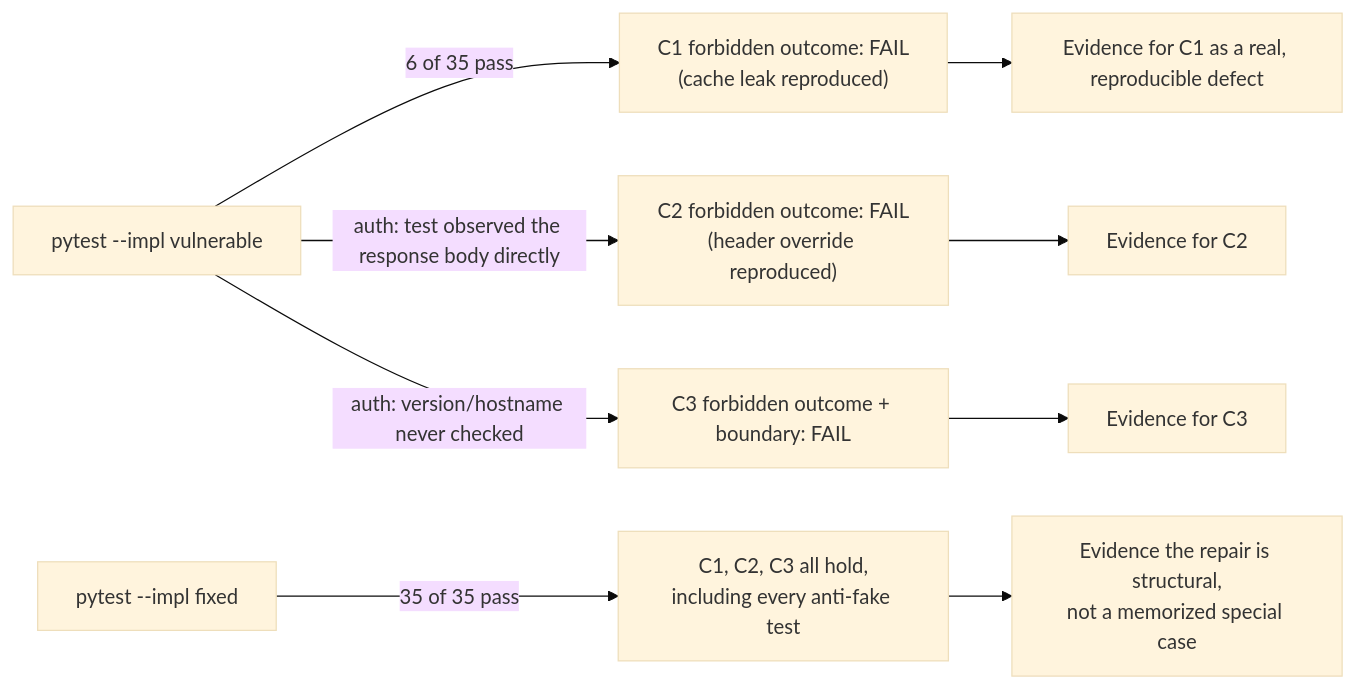
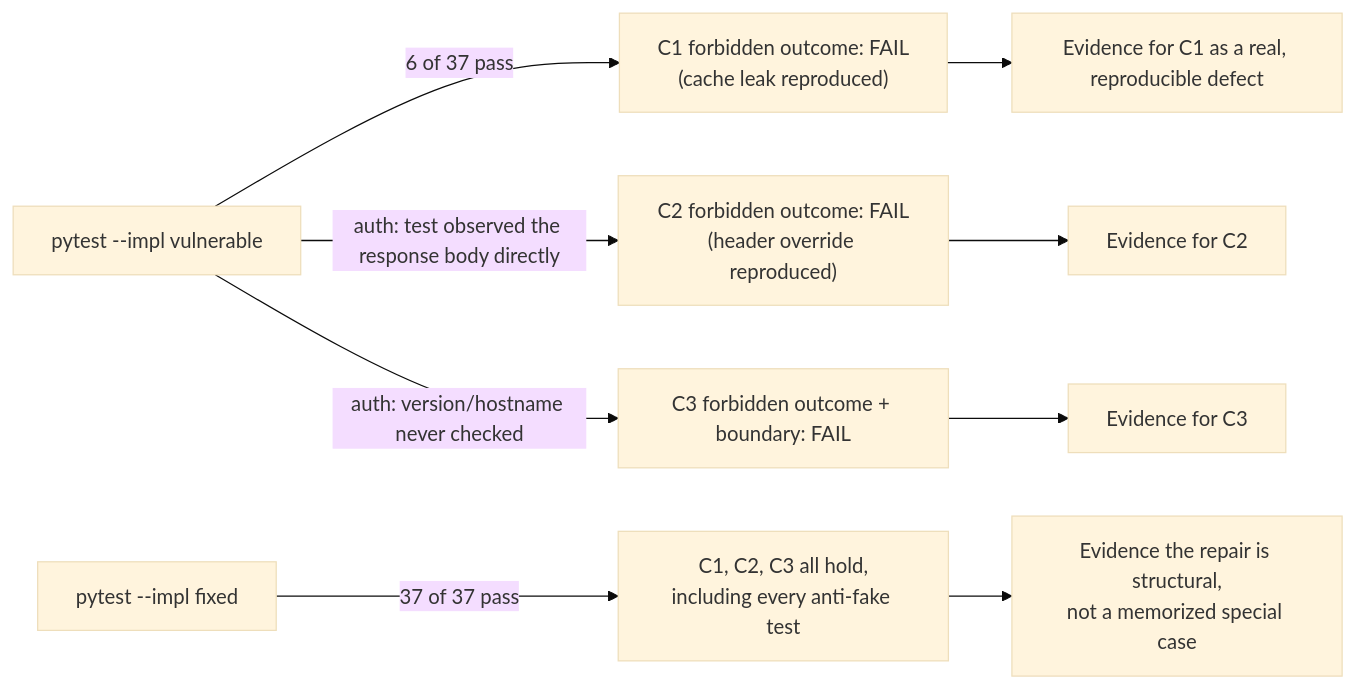
One commit to ishitvagoel/LearnSecurity changed the diagram in content/modules/2/2.2/lessons/05-verify.md. Above: the diagram before and after it, drawn with Mermaid (base theme). The commit also changed other lines of this file and 7 other files, not shown here.

````diff
--- a/content/modules/2/2.2/lessons/05-verify.md
+++ b/content/modules/2/2.2/lessons/05-verify.md
@@ -23,11 +23,11 @@
 ```mermaid
 flowchart LR
-  Run["pytest --impl vulnerable"] -->|"6 of 35 pass"| V1["C1 forbidden outcome: FAIL\n(cache leak reproduced)"]
+  Run["pytest --impl vulnerable"] -->|"6 of 37 pass"| V1["C1 forbidden outcome: FAIL\n(cache leak reproduced)"]
   Run -->|auth: test observed the response body directly| V2["C2 forbidden outcome: FAIL\n(header override reproduced)"]
   Run -->|auth: version/hostname never checked| V3["C3 forbidden outcome + boundary: FAIL"]
-  Fixed["pytest --impl fixed"] -->|"35 of 35 pass"| F1["C1, C2, C3 all hold,\nincluding every anti-fake test"]
+  Fixed["pytest --impl fixed"] -->|"37 of 37 pass"| F1["C1, C2, C3 all hold,\nincluding every anti-fake test"]
   V1 --> Claim1["Evidence for C1 as a real, reproducible defect"]
   V2 --> Claim2["Evidence for C2"]
   V3 --> Claim3["Evidence for C3"]
   F1 --> ClaimAll["Evidence the repair is structural,\nnot a memorized special case"]
 ```
````
